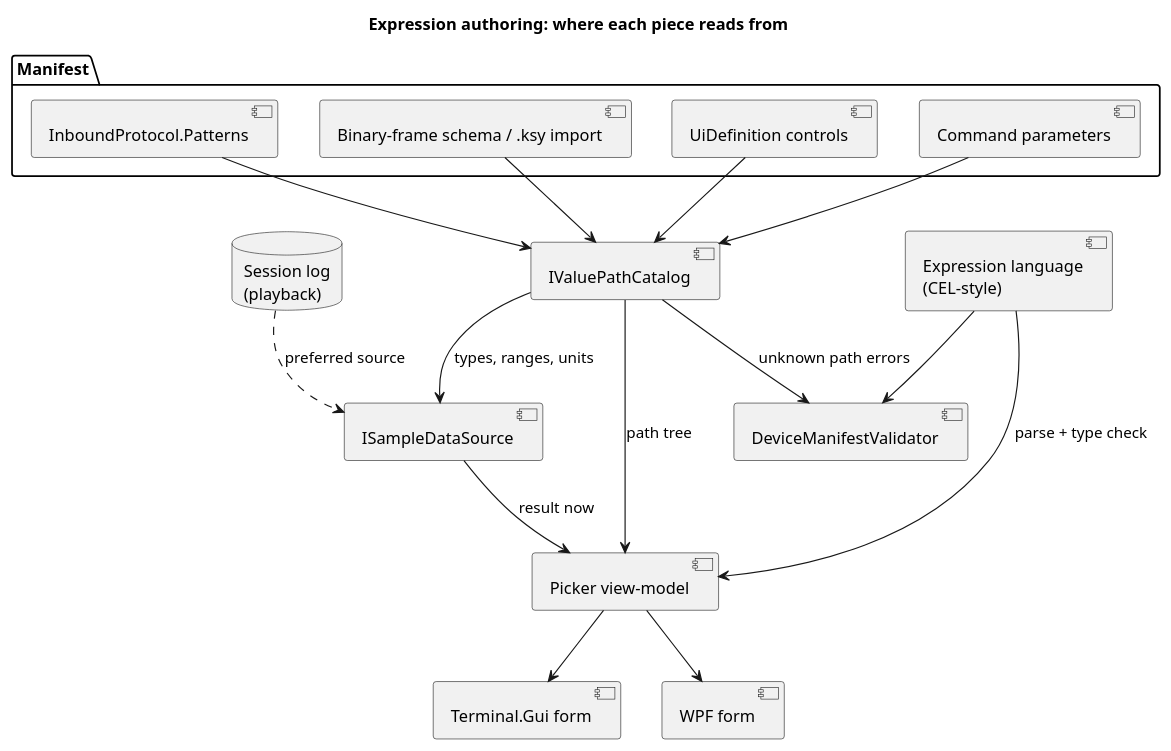
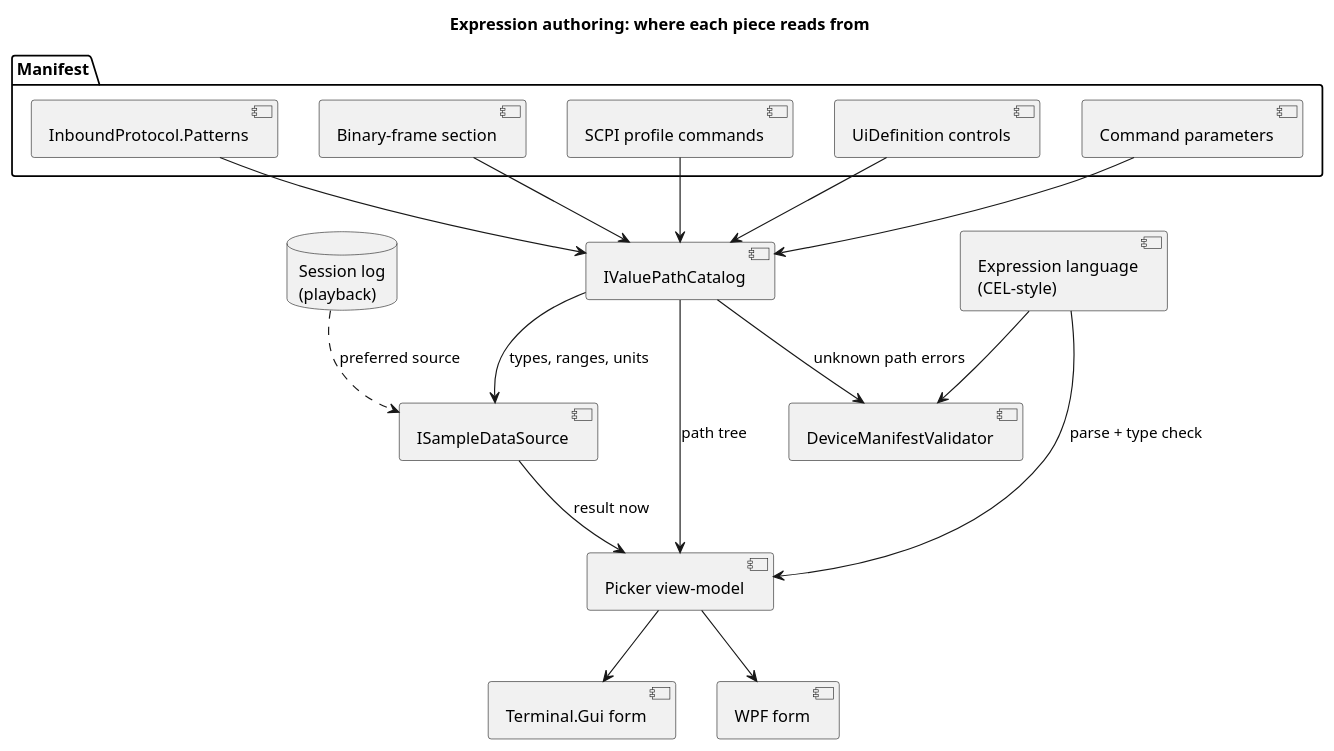
The first of 2 diagrams in docs/design/proposals/expression-picker-paths-and-cel.md (OutOfBandDevelopment/dev-term), drawn with PlantUML before and after one commit. The commit also changed other lines of this file and 1 other file, not shown here.

Commit message:
Expression picker proposal: catalog reads device profiles, not .ksy files

````diff
--- a/docs/design/proposals/expression-picker-paths-and-cel.md
+++ b/docs/design/proposals/expression-picker-paths-and-cel.md
@@ -64,33 +66,35 @@
 ```plantuml
 @startuml
 title Expression authoring: where each piece reads from
 package "Manifest" {
   [InboundProtocol.Patterns] as Pat
-  [Binary-frame schema / .ksy import] as Ksy
+  [Binary-frame section] as Ksy
+  [SCPI profile commands] as Scpi
   [UiDefinition controls] as Ui
   [Command parameters] as Cmd
 }
 [IValuePathCatalog] as Cat
 [ISampleDataSource] as Sample
 [Expression language\n(CEL-style)] as Lang
 [Picker view-model] as Pick
 [Terminal.Gui form] as Tui
 [WPF form] as Wpf
 [DeviceManifestValidator] as Val
 database "Session log\n(playback)" as Log
 
 Pat --> Cat
 Ksy --> Cat
+Scpi --> Cat
 Ui --> Cat
 Cmd --> Cat
 Cat --> Sample : types, ranges, units
 Log ..> Sample : preferred source
 Cat --> Pick : path tree
 Sample --> Pick : result now
 Lang --> Pick : parse + type check
 Pick --> Tui
 Pick --> Wpf
 Cat --> Val : unknown path errors
 Lang --> Val
 @enduml
 ```
````
